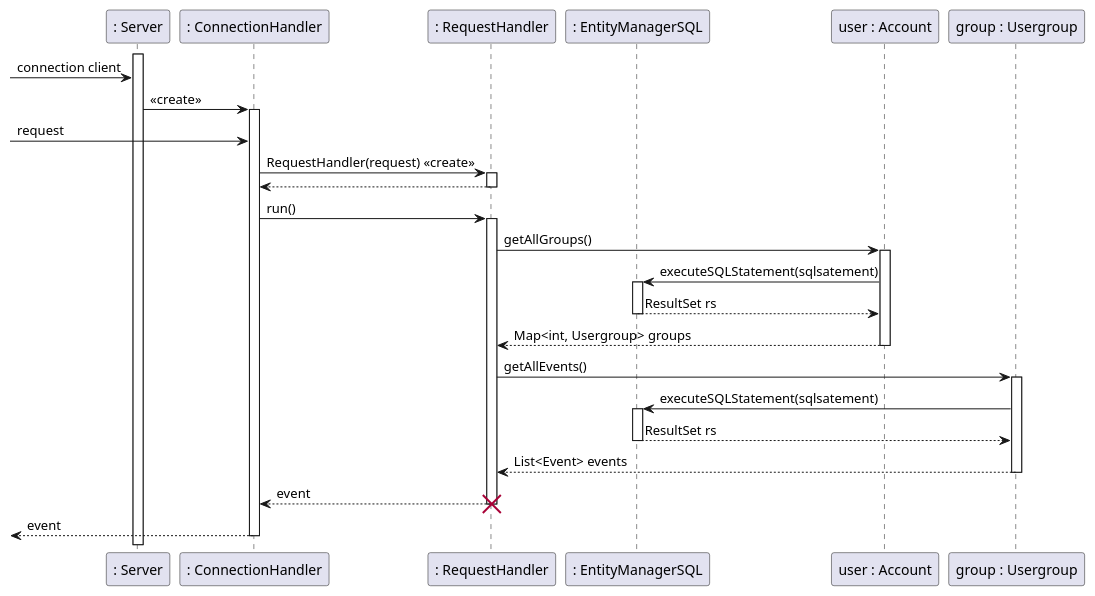
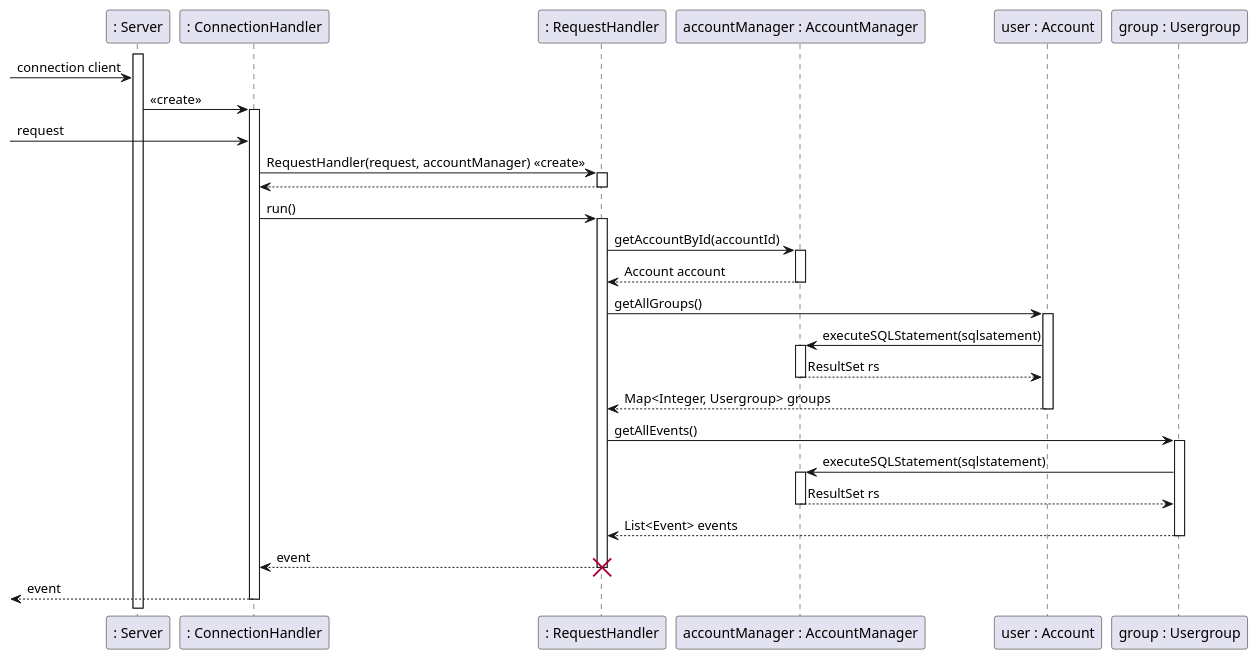
One commit to V0G3L/treff. changed the diagram in entwurf/uml-source/get-event-details-sequence.plantuml. Above: the diagram before and after it, drawn with PlantUML. The commit also changed 1 other file, not shown here.

Commit message:
fixed the sequence diagram and included it in the "entwurf"

```diff
--- a/entwurf/uml-source/get-event-details-sequence.plantuml
+++ b/entwurf/uml-source/get-event-details-sequence.plantuml
@@ -1,57 +1,63 @@
 @startuml
 participant ": Server" as sv
 participant ": ConnectionHandler" as ch
 participant ": RequestHandler" as rh
-participant ": EntityManagerSQL" as emSQL
+participant "accountManager : AccountManager" as emSQL
 participant "user : Account" as acc
 participant "group : Usergroup" as grp
 
   activate sv
 
   [-> sv : connection client
 
   sv -> ch : <<create>>
   activate ch
 
   [-> ch : request
 
-  ch -> rh : RequestHandler(request) <<create>>
+  ch -> rh : RequestHandler(request, accountManager) <<create>>
   activate rh
 
   rh --> ch
   deactivate rh
 
   ch -> rh : run()
   activate rh
+
+  rh -> emSQL: getAccountById(accountId)
+  activate emSQL
+
+  emSQL --> rh : Account account
+  deactivate emSQL
 
   rh -> acc: getAllGroups()
   activate acc
 
   acc -> emSQL: executeSQLStatement(sqlsatement)
   activate emSQL
 
   emSQL --> acc : ResultSet rs
   deactivate emSQL
 
-  acc --> rh: Map<int, Usergroup> groups
+  acc --> rh: Map<Integer, Usergroup> groups
   deactivate acc
 
   rh -> grp: getAllEvents()
   activate grp
 
-  grp -> emSQL: executeSQLStatement(sqlsatement)
+  grp -> emSQL: executeSQLStatement(sqlstatement)
   activate emSQL
 
   emSQL --> grp : ResultSet rs
   deactivate emSQL
 
   grp --> rh: List<Event> events
   deactivate grp
 
   rh --> ch : event
   destroy rh
 
   [<-- ch : event
   deactivate ch
 
 @enduml
```
